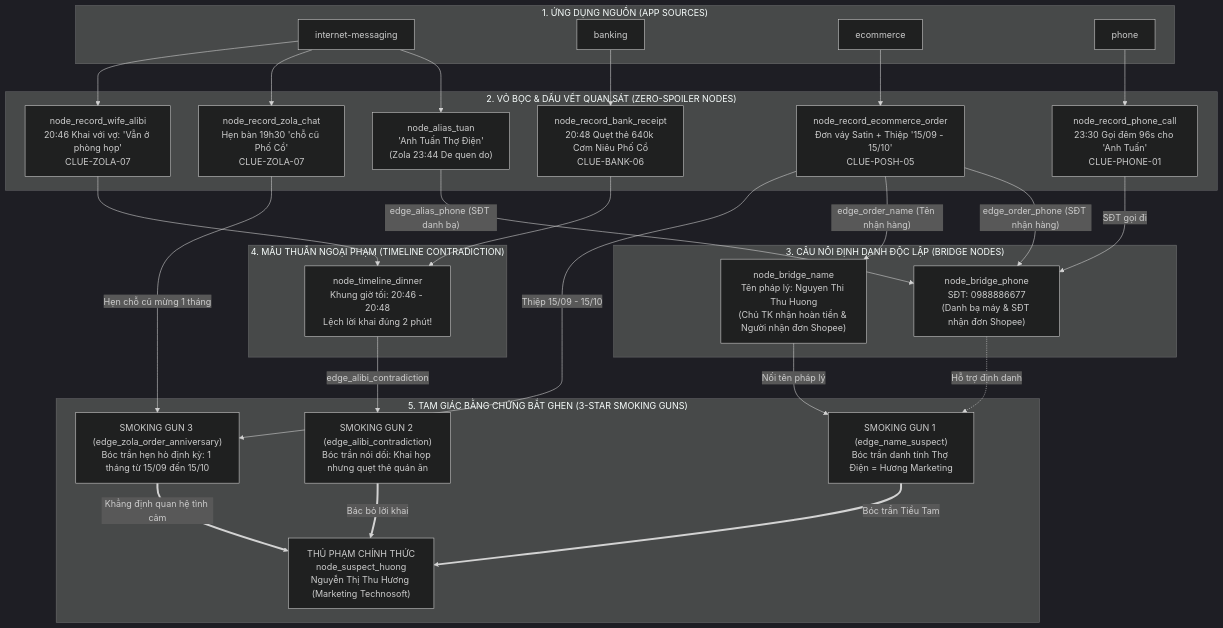
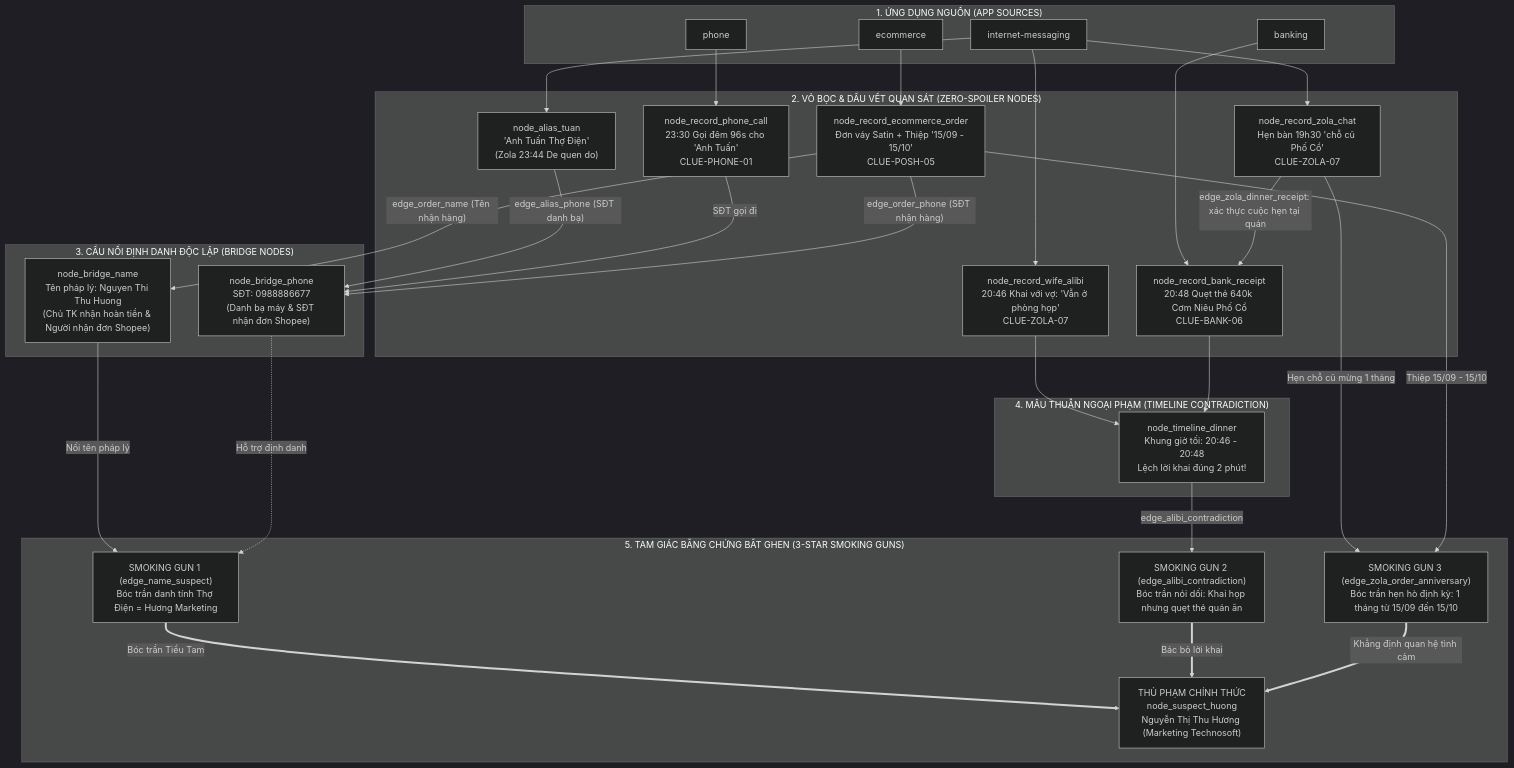
The second of 2 diagrams in .agent-artifacts/requirements/stories/husband-hoang/level-01.md (BruceNasher168/detective-wifey), drawn with Mermaid (dark theme) before and after one commit. The commit also changed other lines of this file and 41 other files, not shown here.

First line of the commit message:
feat: Enhance graph engine to handle pinned nodes and improve edge creation logic

````diff
--- a/.agent-artifacts/requirements/stories/husband-hoang/level-01.md
+++ b/.agent-artifacts/requirements/stories/husband-hoang/level-01.md
@@ -193,64 +195,65 @@
 ```mermaid
 flowchart TD
   subgraph APPS ["1. ỨNG DỤNG NGUỒN (APP SOURCES)"]
     App_Zola["internet-messaging"]
     App_Bank["banking"]
     App_Shop["ecommerce"]
     App_Phone["phone"]
   end
 
   subgraph INITIAL_CLUES ["2. VỎ BỌC & DẤU VẾT QUAN SÁT (ZERO-SPOILER NODES)"]
     Alias_Tuan["node_alias_tuan<br/>'Anh Tuấn Thợ Điện'<br/>(Zola 23:44 De quen do)"]
     Record_ZolaChat["node_record_zola_chat<br/>Hẹn bàn 19h30 'chỗ cũ Phố Cổ'<br/>CLUE-ZOLA-07"]
     Record_WifeAlibi["node_record_wife_alibi<br/>20:46 Khai với vợ: 'Vẫn ở phòng họp'<br/>CLUE-ZOLA-07"]
     Record_BankReceipt["node_record_bank_receipt<br/>20:48 Quẹt thẻ 640k Cơm Niêu Phố Cổ<br/>CLUE-BANK-06"]
     Record_ShopOrder["node_record_ecommerce_order<br/>Đơn váy Satin + Thiệp '15/09 - 15/10'<br/>CLUE-POSH-05"]
     Record_PhoneCall["node_record_phone_call<br/>23:30 Gọi đêm 96s cho 'Anh Tuấn'<br/>CLUE-PHONE-01"]
   end
 
   subgraph BRIDGES ["3. CẦU NỐI ĐỊNH DANH ĐỘC LẬP (BRIDGE NODES)"]
     Bridge_Phone["node_bridge_phone<br/>SĐT: 0988886677<br/>(Danh bạ máy & SĐT nhận đơn Shopee)"]
     Bridge_Name["node_bridge_name<br/>Tên pháp lý: Nguyen Thi Thu Huong<br/>(Chủ TK nhận hoàn tiền & Người nhận đơn Shopee)"]
   end
 
   subgraph TIMELINE_ALIBI ["4. MÂU THUẪN NGOẠI PHẠM (TIMELINE CONTRADICTION)"]
     Time_Dinner["node_timeline_dinner<br/>Khung giờ tối: 20:46 - 20:48<br/>Lệch lời khai đúng 2 phút!"]
   end
 
   subgraph SMOKING_GUNS ["5. TAM GIÁC BẰNG CHỨNG BẮT GHEN (3-STAR SMOKING GUNS)"]
     SG1["SMOKING GUN 1 (edge_name_suspect)<br/>Bóc trần danh tính Thợ Điện = Hương Marketing"]
     SG2["SMOKING GUN 2 (edge_alibi_contradiction)<br/>Bóc trần nói dối: Khai họp nhưng quẹt thẻ quán ăn"]
     SG3["SMOKING GUN 3 (edge_zola_order_anniversary)<br/>Bóc trần hẹn hò định kỳ: 1 tháng từ 15/09 đến 15/10"]
     Suspect_Huong["THỦ PHẠM CHÍNH THỨC<br/>node_suspect_huong<br/>Nguyễn Thị Thu Hương (Marketing Technosoft)"]
   end
 
   %% Mối nối từ App sang Bản ghi
   App_Zola --> Alias_Tuan
   App_Zola --> Record_ZolaChat
   App_Zola --> Record_WifeAlibi
   App_Bank --> Record_BankReceipt
   App_Shop --> Record_ShopOrder
   App_Phone --> Record_PhoneCall
 
   %% Mối nối Cầu nối Định danh
   Alias_Tuan -->|"edge_alias_phone (SĐT danh bạ)"| Bridge_Phone
   Record_PhoneCall -->|"SĐT gọi đi"| Bridge_Phone
   Record_ShopOrder -->|"edge_order_phone (SĐT nhận hàng)"| Bridge_Phone
   Record_ShopOrder -->|"edge_order_name (Tên nhận hàng)"| Bridge_Name
 
   %% Bóc trần danh tính
   Bridge_Name -->|"Nối tên pháp lý"| SG1
   Bridge_Phone -.->|"Hỗ trợ định danh"| SG1
   SG1 ==>|"Bóc trần Tiểu Tam"| Suspect_Huong
 
   %% Mâu thuẫn ngoại phạm
+  Record_ZolaChat -->|"edge_zola_dinner_receipt: xác thực cuộc hẹn tại quán"| Record_BankReceipt
   Record_WifeAlibi --> Time_Dinner
   Record_BankReceipt --> Time_Dinner
   Time_Dinner -->|"edge_alibi_contradiction"| SG2
   SG2 ==>|"Bác bỏ lời khai"| Suspect_Huong
 
   %% Hẹn hò định kỳ & Quà tặng
   Record_ZolaChat -->|"Hẹn chỗ cũ mừng 1 tháng"| SG3
   Record_ShopOrder -->|"Thiệp 15/09 - 15/10"| SG3
   SG3 ==>|"Khẳng định quan hệ tình cảm"| Suspect_Huong
 ```
````
